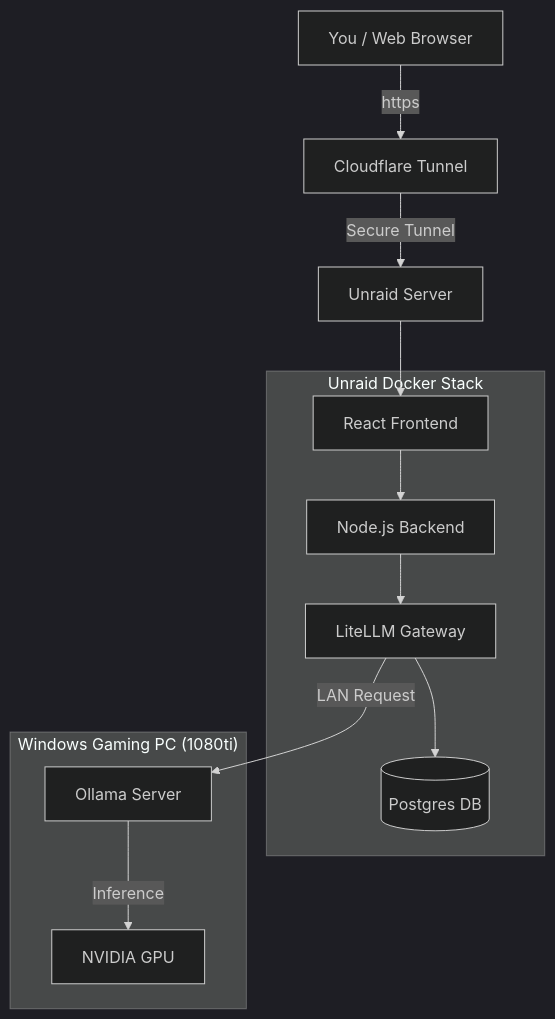
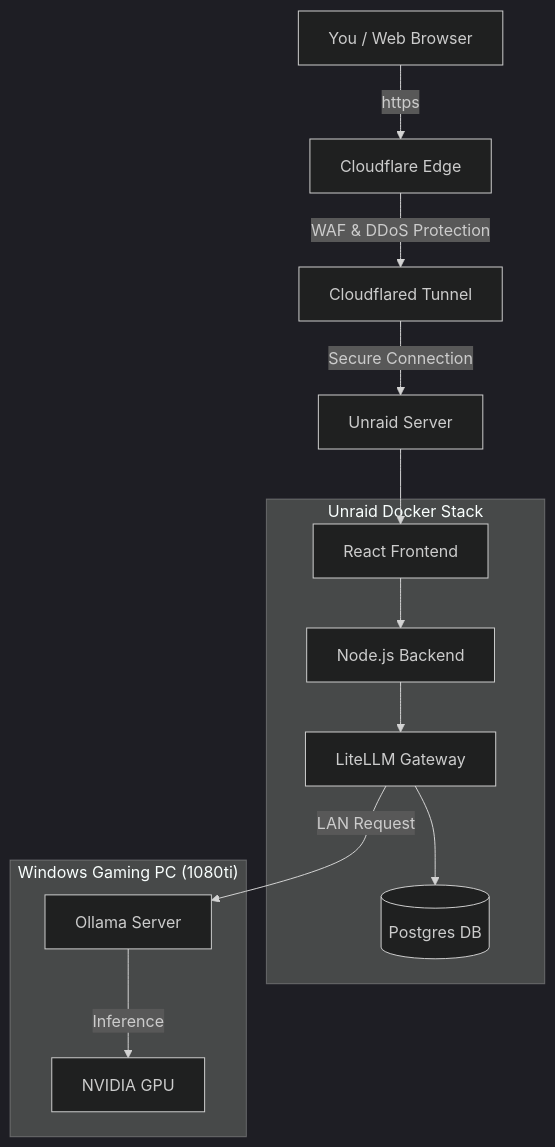
Before and after one commit to sleehoco/ai-gateway: the diagram in README.md, drawn with Mermaid (dark theme). The commit also changed other lines of this file, not shown here.

Commit message:
Update README to emphasize Cloudflare WAF and Reverse Proxy

````diff
--- a/README.md
+++ b/README.md
@@ -16,25 +16,26 @@
 ```mermaid
 graph TD
-    User[You / Web Browser] -->|https| CF[Cloudflare Tunnel]
-    CF -->|Secure Tunnel| Unraid[Unraid Server]
+    User[You / Web Browser] -->|https| CF[Cloudflare Edge]
+    CF -->|WAF & DDoS Protection| Tunnel[Cloudflared Tunnel]
+    Tunnel -->|Secure Connection| Unraid[Unraid Server]
     
     subgraph "Unraid Docker Stack"
         FE[React Frontend]
         BE[Node.js Backend]
         GW[LiteLLM Gateway]
         DB[(Postgres DB)]
     end
     
     Unraid --> FE
     FE --> BE
     BE --> GW
     GW --> DB
     
     subgraph "Windows Gaming PC (1080ti)"
         Ollama[Ollama Server]
         GPU[NVIDIA GPU]
     end
     
     GW -->|LAN Request| Ollama
     Ollama -->|Inference| GPU
 ```
````
